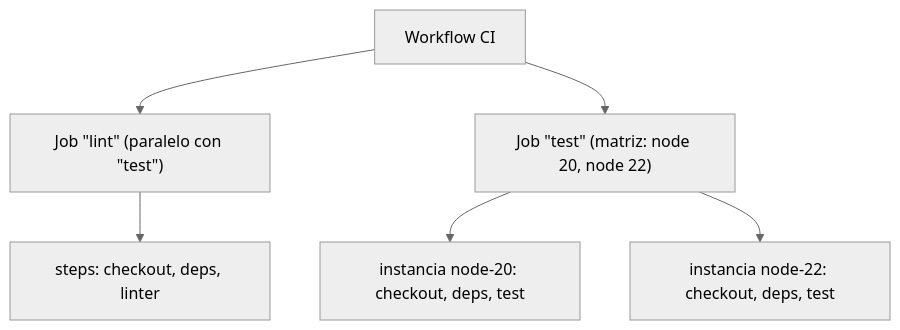
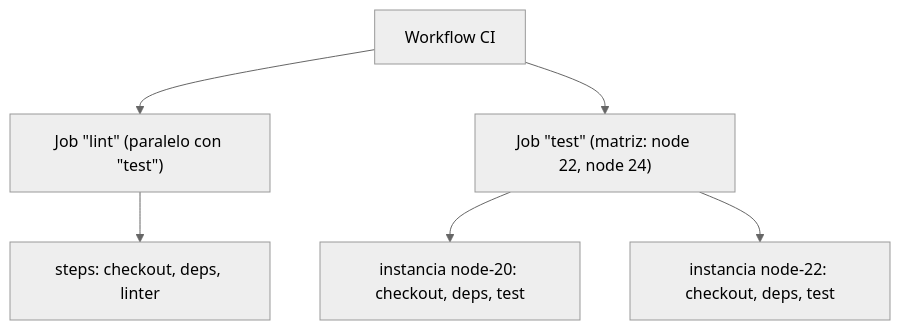
One commit to NICORUIZ93/The_Imperial_Book changed the first of 2 diagrams in web/public/content/devops/modulo-4.md. Above: the diagram before and after it, drawn with Mermaid (neutral theme). The commit also changed other lines of this file and 28 other files, not shown here.

````diff
--- a/web/public/content/devops/modulo-4.md
+++ b/web/public/content/devops/modulo-4.md
@@ -28,9 +28,9 @@
 ```mermaid
 flowchart TD
     W["Workflow CI"]
     W --> L["Job &quot;lint&quot; (paralelo con &quot;test&quot;)"]
     L --> LS["steps: checkout, deps, linter"]
-    W --> T["Job &quot;test&quot; (matriz: node 20, node 22)"]
+    W --> T["Job &quot;test&quot; (matriz: node 22, node 24)"]
     T --> T20["instancia node-20: checkout, deps, test"]
     T --> T22["instancia node-22: checkout, deps, test"]
 ```
````
